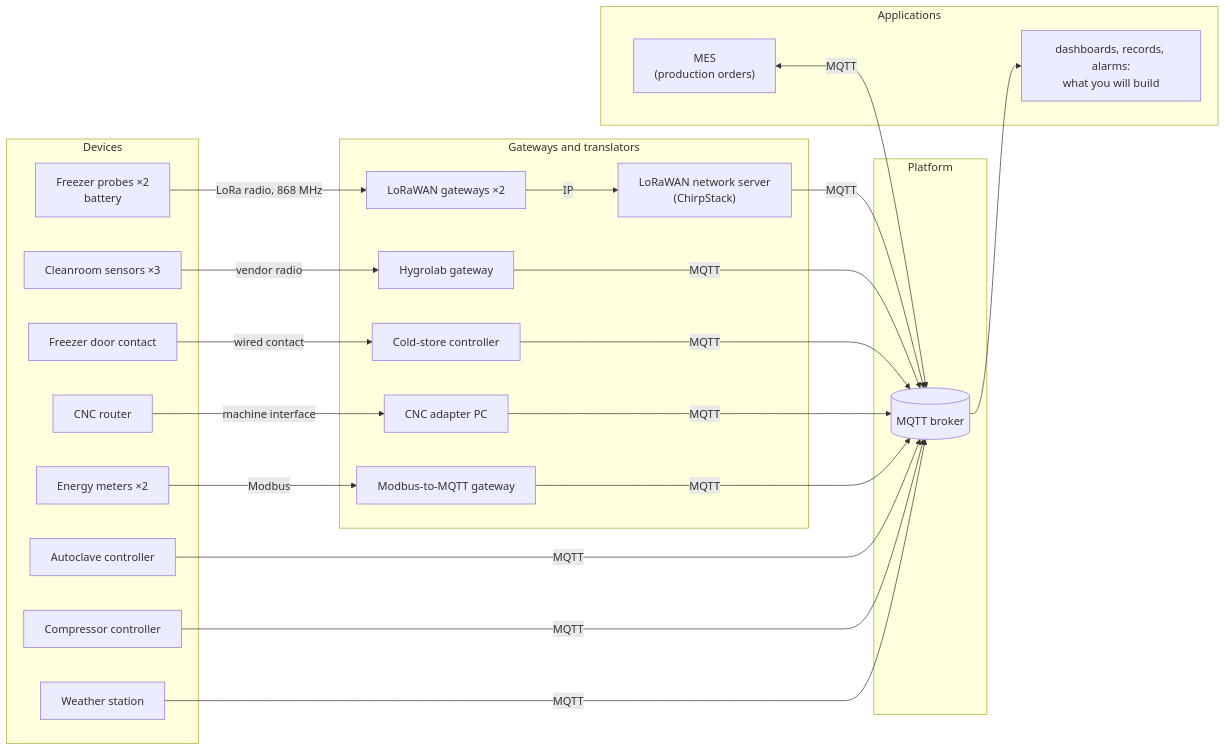
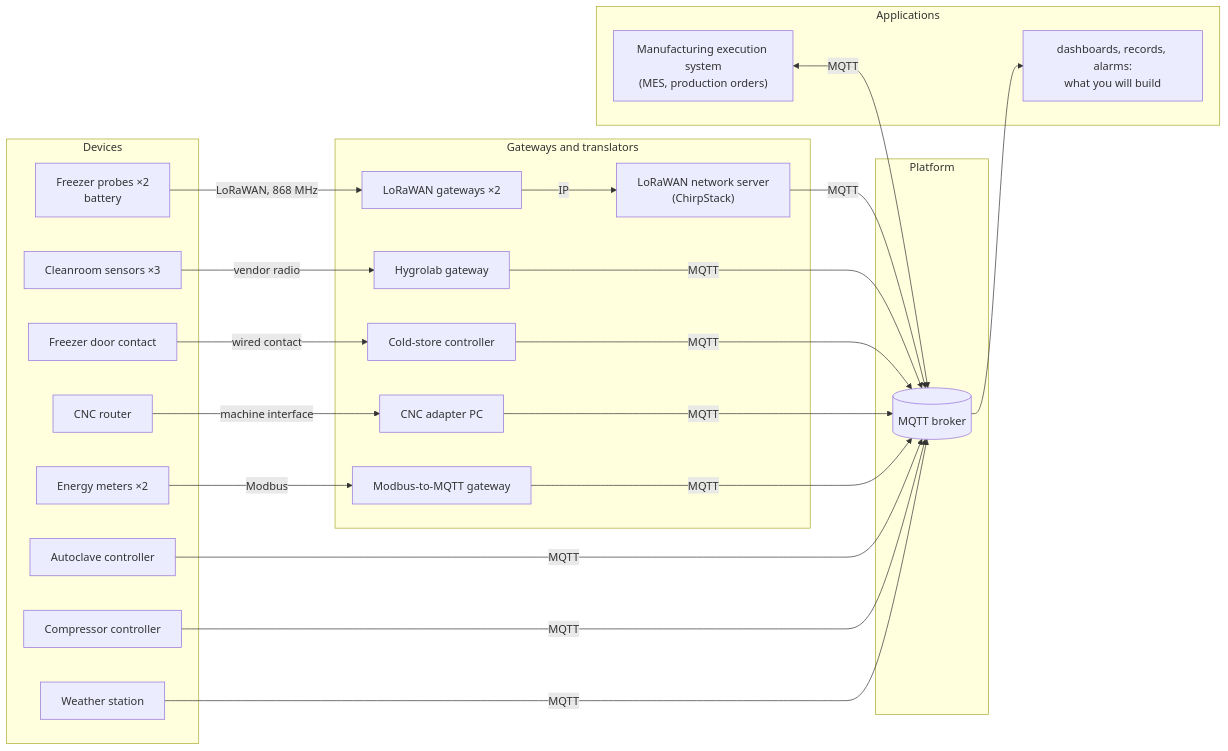
Before and after one commit to lmendiboure/IoT-Labs-UPPA: the third of 5 diagrams in lab1/README.md, drawn with Mermaid. The commit also changed other lines of this file, not shown here.

````diff
--- a/lab1/README.md
+++ b/lab1/README.md
@@ -148,38 +190,38 @@
 ```mermaid
 flowchart LR
     subgraph field["Devices"]
         FRZ["Freezer probes ×2<br/>battery"]
         DOOR["Freezer door contact"]
         CR["Cleanroom sensors ×3"]
         AC["Autoclave controller"]
         CNC["CNC router"]
         EM["Energy meters ×2"]
         CMP["Compressor controller"]
         WS["Weather station"]
     end
     subgraph edge["Gateways and translators"]
         GW["LoRaWAN gateways ×2"]
         NS["LoRaWAN network server<br/>(ChirpStack)"]
         HYG["Hygrolab gateway"]
         CSC["Cold-store controller"]
         ADP["CNC adapter PC"]
         MB["Modbus-to-MQTT gateway"]
     end
     subgraph plat["Platform"]
         B[("MQTT broker")]
     end
     subgraph apps["Applications"]
-        MES["MES<br/>(production orders)"]
+        MES["Manufacturing execution system<br/>(MES, production orders)"]
         YOU["dashboards, records, alarms:<br/>what you will build"]
     end
-    FRZ -- "LoRa radio, 868 MHz" --> GW -- "IP" --> NS -- MQTT --> B
+    FRZ -- "LoRaWAN, 868 MHz" --> GW -- "IP" --> NS -- MQTT --> B
     CR -- "vendor radio" --> HYG -- MQTT --> B
     DOOR -- "wired contact" --> CSC -- MQTT --> B
     CNC -- "machine interface" --> ADP -- MQTT --> B
     EM -- "Modbus" --> MB -- MQTT --> B
     AC -- MQTT --> B
     CMP -- MQTT --> B
     WS -- MQTT --> B
     MES <-- MQTT --> B
     B --> YOU
 ```
````
